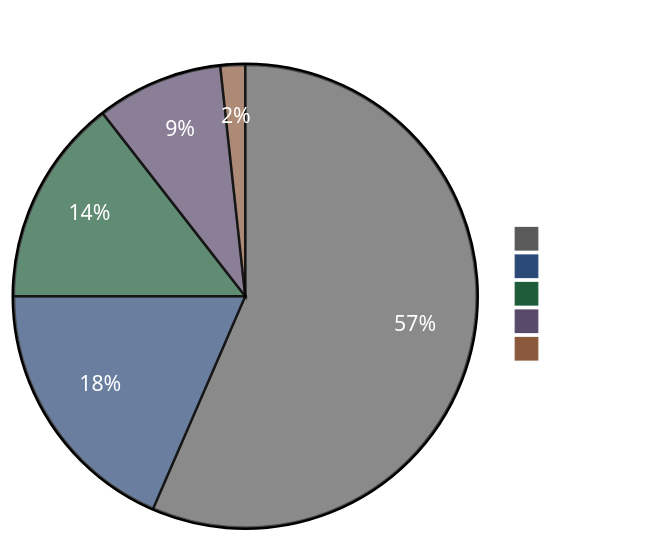
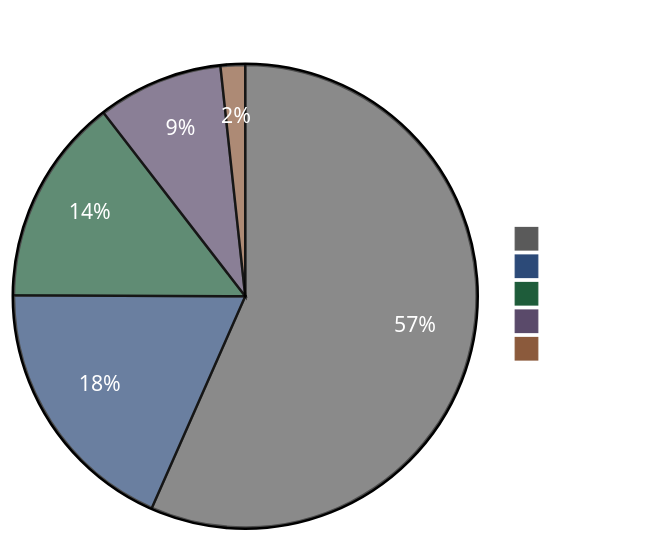
The diagram in README.md (ccmeteorljh/reco-arxiv-daily), drawn with Mermaid before and after one commit. The commit also changed other lines of this file and 7 other files, not shown here.

````diff
--- a/README.md
+++ b/README.md
@@ -6,19 +6,19 @@
 ```mermaid
 %%{init: {'theme':'base', 'themeVariables': {
   'pie1':'#5a5a5a',
   'pie2':'#2c4a78',
   'pie3':'#1e5c3a',
   'pie4':'#5a4a6a',
   'pie5':'#8b5a3c',
   'pieTitleTextColor':'#ffffff',
   'pieSectionTextColor':'#ffffff',
   'pieLegendTextColor':'#ffffff'
 }}}%%
 pie showData
 title Paper Distribution by Tag
-  "Other" : 590
-  "LLM" : 193
-  "GR" : 151
+  "Other" : 595
+  "LLM" : 194
+  "GR" : 152
   "Seq" : 92
   "Scaling" : 18
 ```
````
